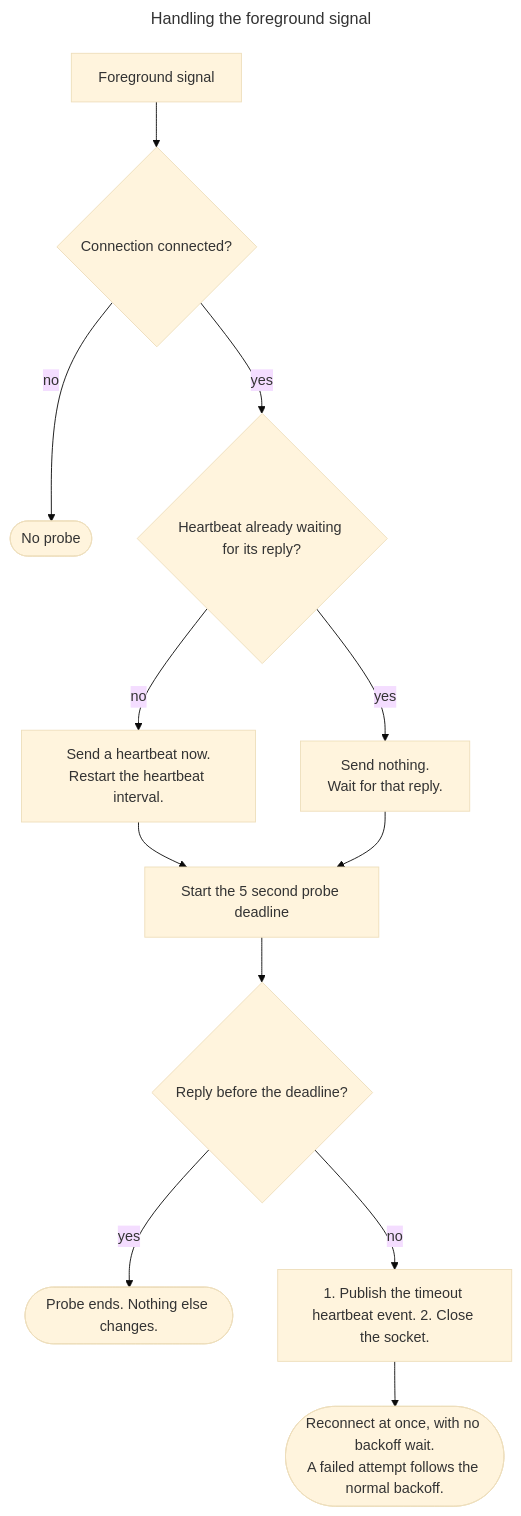
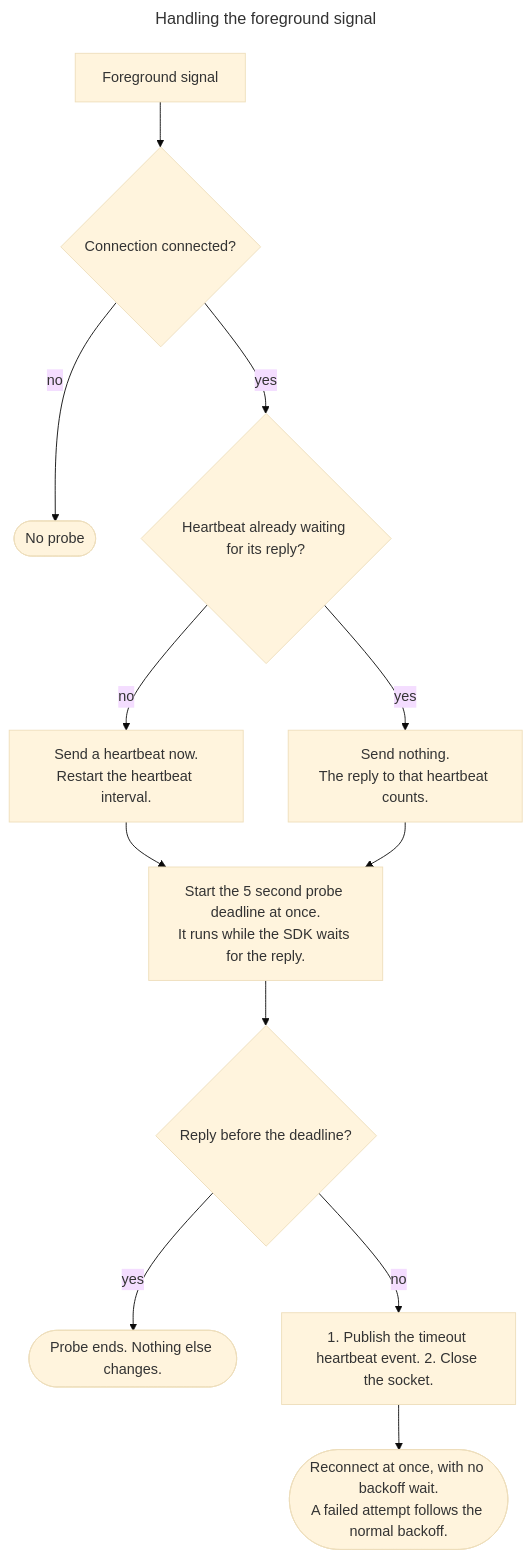
The first of 2 diagrams in packages/capability-matrix/specs/realtime/configuration/foreground_liveness_probe.md (supabase/sdk), drawn with Mermaid (base theme) before and after one commit. The commit also changed other lines of this file, not shown here.

Commit message:
docs(realtime): start the probe deadline whether or not a heartbeat is pending
The flowchart started the deadline only after waiting for an outstanding reply, so a pending heartbeat that never got a reply never reached the deadline. The deadline now starts at once in both cases.

````diff
--- a/packages/capability-matrix/specs/realtime/configuration/foreground_liveness_probe.md
+++ b/packages/capability-matrix/specs/realtime/configuration/foreground_liveness_probe.md
@@ -22,17 +22,17 @@
 ```mermaid
 ---
 title: Handling the foreground signal
 ---
 flowchart TB
     A["Foreground signal"] --> C{"Connection connected?"}
     C -- no --> N(["No probe"])
     C -- yes --> P{"Heartbeat already waiting for its reply?"}
     P -- no --> S["Send a heartbeat now.<br>Restart the heartbeat interval."]
-    P -- yes --> W["Send nothing.<br>Wait for that reply."]
-    S --> D["Start the 5 second probe deadline"]
+    P -- yes --> W["Send nothing.<br>The reply to that heartbeat counts."]
+    S --> D["Start the 5 second probe deadline at once.<br>It runs while the SDK waits for the reply."]
     W --> D
     D --> R{"Reply before the deadline?"}
     R -- yes --> OK(["Probe ends. Nothing else changes."])
     R -- no --> T["1. Publish the timeout heartbeat event. 2. Close the socket."]
     T --> RC(["Reconnect at once, with no backoff wait.<br>A failed attempt follows the normal backoff."])
 ```
````
